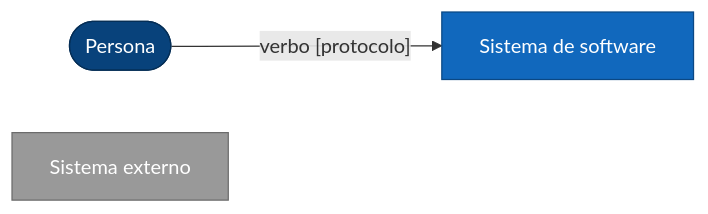
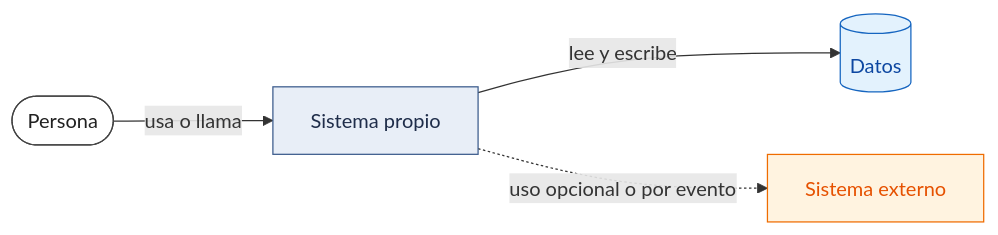
One commit to semcham/proyecto-final-barberia-ayacucho changed the second of 2 diagrams in docs/04-modelo-c4/Nivel1-DiagramadeContextodelSistema.md. Above: the diagram before and after it, drawn with Mermaid. The commit also changed other lines of this file and 67 other files, not shown here.

Commit message:
docs: documentación y diagramas coherentes con 001, 002, 003 .... 006

````diff
--- a/docs/04-modelo-c4/Nivel1-DiagramadeContextodelSistema.md
+++ b/docs/04-modelo-c4/Nivel1-DiagramadeContextodelSistema.md
@@ -62,10 +57,14 @@
 ```mermaid
 flowchart LR
-    L1(["Persona"]):::person
-    L2["Sistema de software"]:::system
-    L3["Sistema externo"]:::external
-    L1 -->|"verbo [protocolo]"| L2
-    classDef person fill:#08427b,color:#ffffff,stroke:#052e56
-    classDef system fill:#1168bd,color:#ffffff,stroke:#0b4884
-    classDef external fill:#999999,color:#ffffff,stroke:#6b6b6b
+    L0(["Persona"]):::persona
+    L1["Sistema propio"]:::implementado
+    L3["Sistema externo"]:::externo
+    L4[("Datos")]:::datos
+    L0 -->|"usa o llama"| L1
+    L1 -->|"lee y escribe"| L4
+    L1 -.->|"uso opcional o por evento"| L3
+    classDef persona fill:#ffffff,stroke:#424242,color:#212121
+    classDef implementado fill:#e8eef7,stroke:#3b5b8c,color:#1f2d4a
+    classDef externo fill:#fff3e0,stroke:#ef6c00,color:#e65100
+    classDef datos fill:#e3f2fd,stroke:#1565c0,color:#0d47a1
 ```
````
